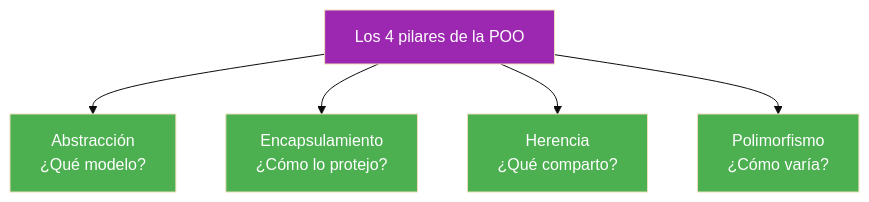
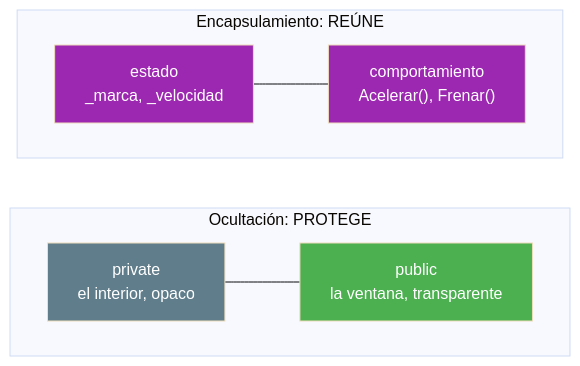
The eighth of 8 diagrams in 01-conceptos-principios-poo.md (joseluisgs/Programacion-04-2026-2027), drawn with Mermaid (base theme) before and after one commit. The commit also changed other lines of this file and 9 other files, not shown here.

First line of the commit message:
[docs] Añadir diagramas a diez puntos de UD04 para el alumnado

````diff
--- a/01-conceptos-principios-poo.md
+++ b/01-conceptos-principios-poo.md
@@ -227,12 +283,14 @@
 ```mermaid
-graph TD
-    R["Los 4 pilares de la POO"] --> A["Abstracción<br/>¿Qué modelo?"]
-    R --> E["Encapsulamiento<br/>¿Cómo lo protejo?"]
-    R --> H["Herencia<br/>¿Qué comparto?"]
-    R --> P["Polimorfismo<br/>¿Cómo varía?"]
-    style R fill:#9C27B0,color:#fff
-    style A fill:#4CAF50,color:#fff
-    style E fill:#4CAF50,color:#fff
-    style H fill:#4CAF50,color:#fff
-    style P fill:#4CAF50,color:#fff
+graph TB
+    subgraph ENC["Encapsulamiento: REÚNE"]
+        E1["estado<br/>_marca, _velocidad"] --- E2["comportamiento<br/>Acelerar(), Frenar()"]
+    end
+    subgraph OCU["Ocultación: PROTEGE"]
+        O1["private<br/>el interior, opaco"] --- O2["public<br/>la ventana, transparente"]
+    end
+    ENC ~~~ OCU
+    style E1 fill:#9C27B0,color:#fff
+    style E2 fill:#9C27B0,color:#fff
+    style O1 fill:#607D8B,color:#fff
+    style O2 fill:#4CAF50,color:#fff
 ```
````
